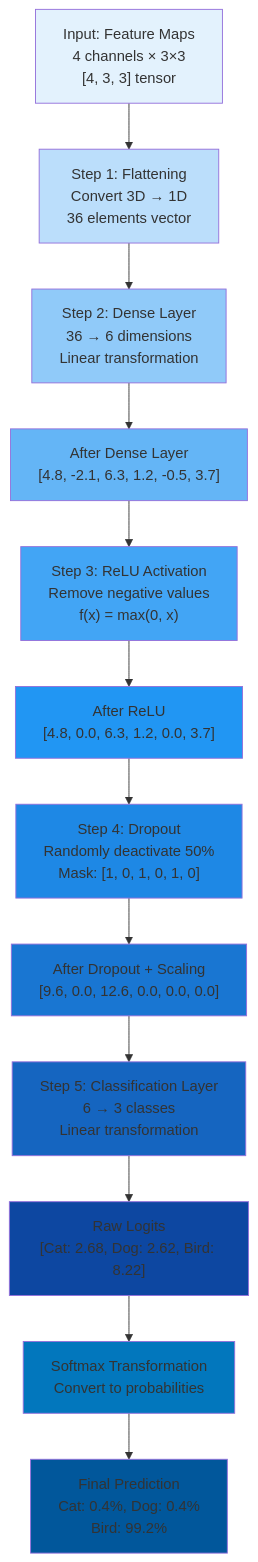
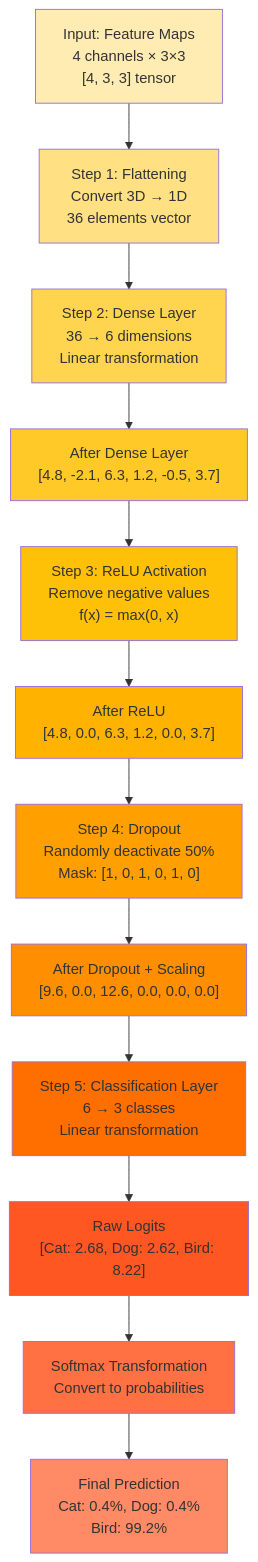
One commit to Chaklader/landmark-classification-cnn changed diagram 13 of 36 in C_1.md. Above: the diagram before and after it, drawn with Mermaid. The commit also changed other lines of this file, not shown here.

````diff
--- a/C_1.md
+++ b/C_1.md
@@ -2483,37 +2483,38 @@
 ```mermaid
 flowchart TD
     A["Input: Feature Maps<br>4 channels × 3×3<br>[4, 3, 3] tensor"] --> B["Step 1: Flattening<br>Convert 3D → 1D<br>36 elements vector"]
 
     B --> C["Step 2: Dense Layer<br>36 → 6 dimensions<br>Linear transformation"]
 
     C --> D["After Dense Layer<br>[4.8, -2.1, 6.3, 1.2, -0.5, 3.7]"]
 
     D --> E["Step 3: ReLU Activation<br>Remove negative values<br>f(x) = max(0, x)"]
 
     E --> F["After ReLU<br>[4.8, 0.0, 6.3, 1.2, 0.0, 3.7]"]
 
     F --> G["Step 4: Dropout<br>Randomly deactivate 50%<br>Mask: [1, 0, 1, 0, 1, 0]"]
 
     G --> H["After Dropout + Scaling<br>[9.6, 0.0, 12.6, 0.0, 0.0, 0.0]"]
 
     H --> I["Step 5: Classification Layer<br>6 → 3 classes<br>Linear transformation"]
 
     I --> J["Raw Logits<br>[Cat: 2.68, Dog: 2.62, Bird: 8.22]"]
 
     J --> K["Softmax Transformation<br>Convert to probabilities"]
 
     K --> L["Final Prediction<br>Cat: 0.4%, Dog: 0.4%<br>Bird: 99.2%"]
 
-    style A fill:#E3F2FD
-    style B fill:#BBDEFB
-    style C fill:#90CAF9
-    style D fill:#64B5F6
-    style E fill:#42A5F5
-    style F fill:#2196F3
-    style G fill:#1E88E5
-    style H fill:#1976D2
-    style I fill:#1565C0
-    style J fill:#0D47A1
-    style K fill:#0277BD
-    style L fill:#01579B
+style A fill:#FFECB3
+style B fill:#FFE082
+style C fill:#FFD54F
+style D fill:#FFCA28
+style E fill:#FFC107
+style F fill:#FFB300
+style G fill:#FFA000
+style H fill:#FF8F00
+style I fill:#FF6F00
+style J fill:#FF5722
+style K fill:#FF7043
+style L fill:#FF8A65
+
 ```
````
